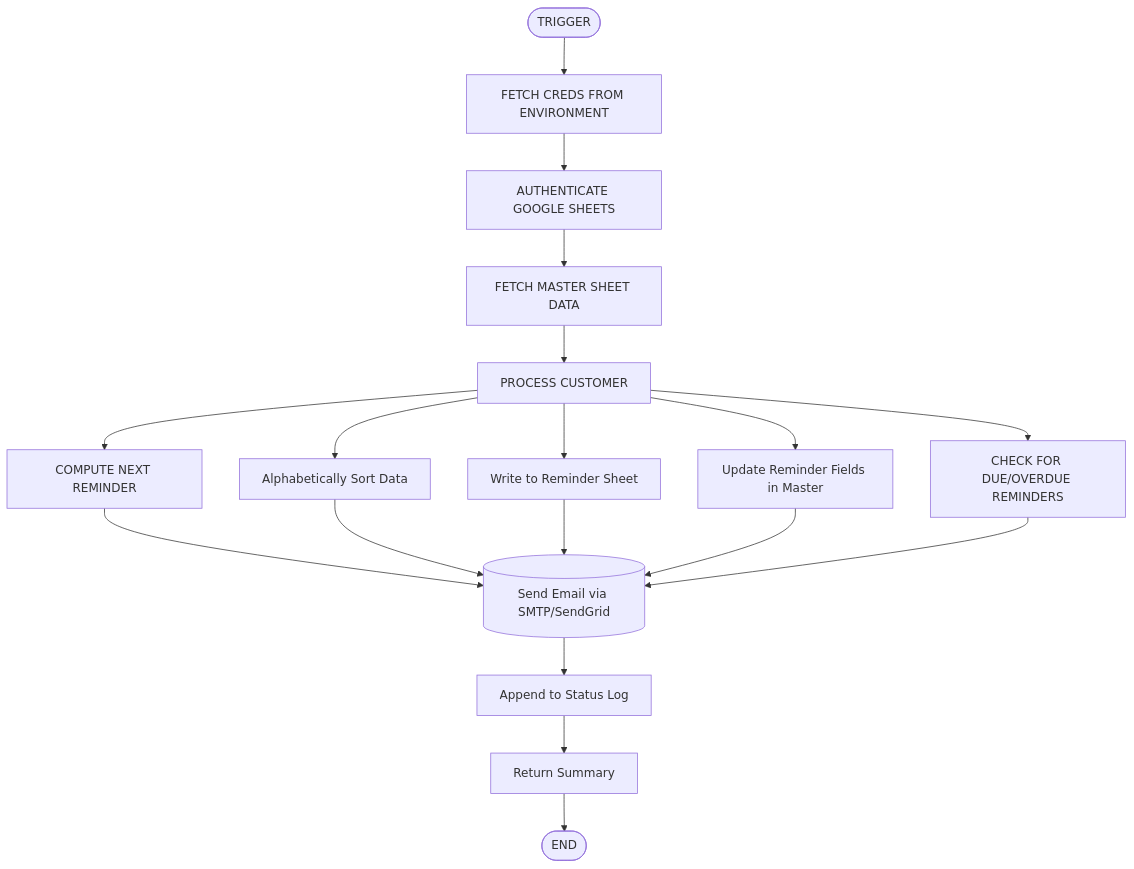
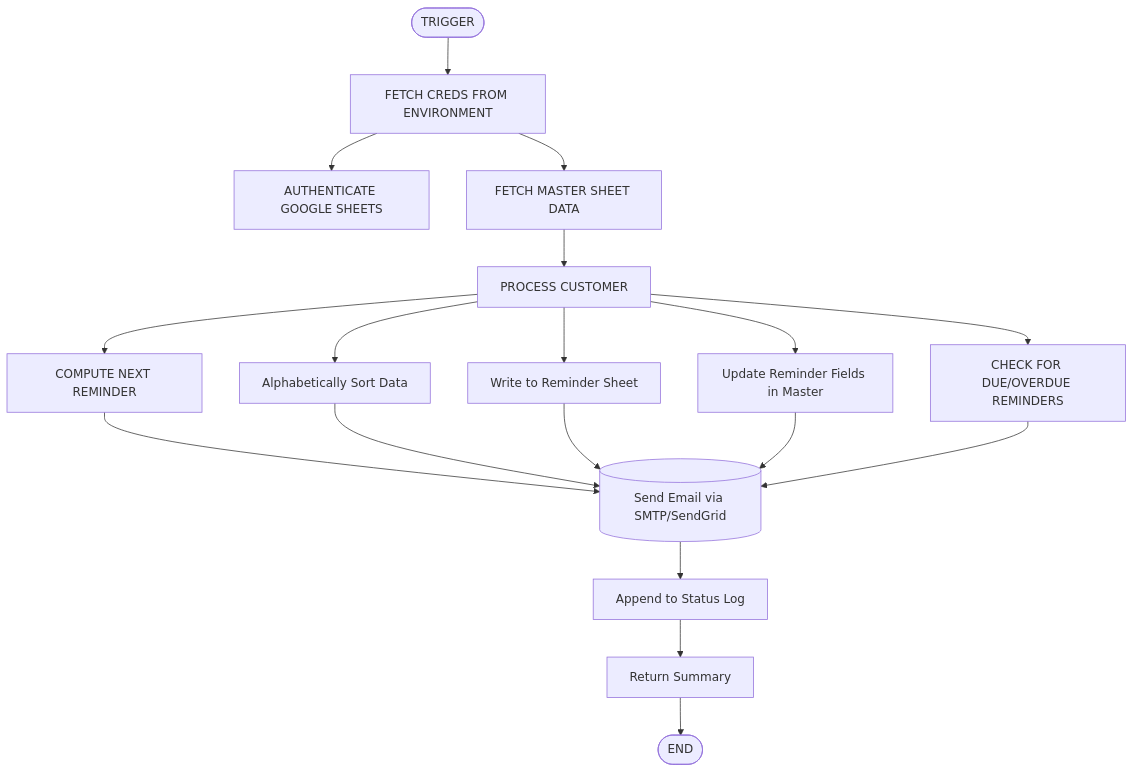
The diagram in Readme.md (Hnn3y/RGAC_Reminder), drawn with Mermaid before and after one commit.

````diff
--- a/Readme.md
+++ b/Readme.md
@@ -3,20 +3,20 @@
 ```mermaid
 flowchart TD
    A([TRIGGER]) --> B[FETCH CREDS FROM ENVIRONMENT]
    B --> C[AUTHENTICATE GOOGLE SHEETS]
-   C --> D[FETCH MASTER SHEET DATA]
+   B --> D[FETCH MASTER SHEET DATA]
    D --> E[PROCESS CUSTOMER]
    E --> F[COMPUTE NEXT REMINDER]
    E --> G[Alphabetically Sort Data]
    E --> H[Write to Reminder Sheet]
    E --> I[Update Reminder Fields in Master]
    E --> J[CHECK FOR DUE/OVERDUE REMINDERS]
    F --> K[(Send Email via SMTP/SendGrid)]
    G --> K
    H --> K
    I --> K
    J --> K
    K --> L[Append to Status Log]
    L --> M[Return Summary]
    M --> N([END])
 ```
````
